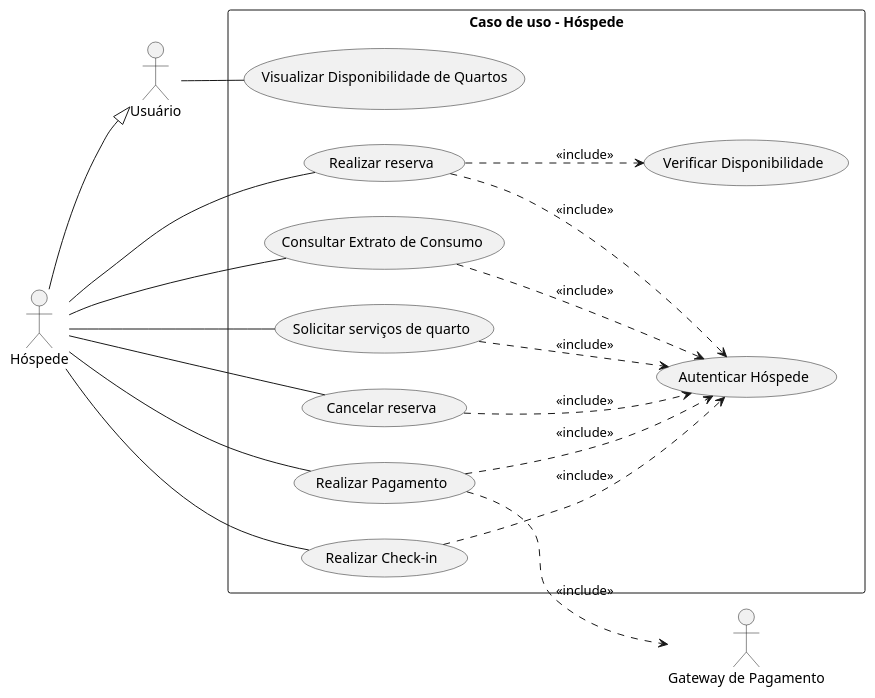
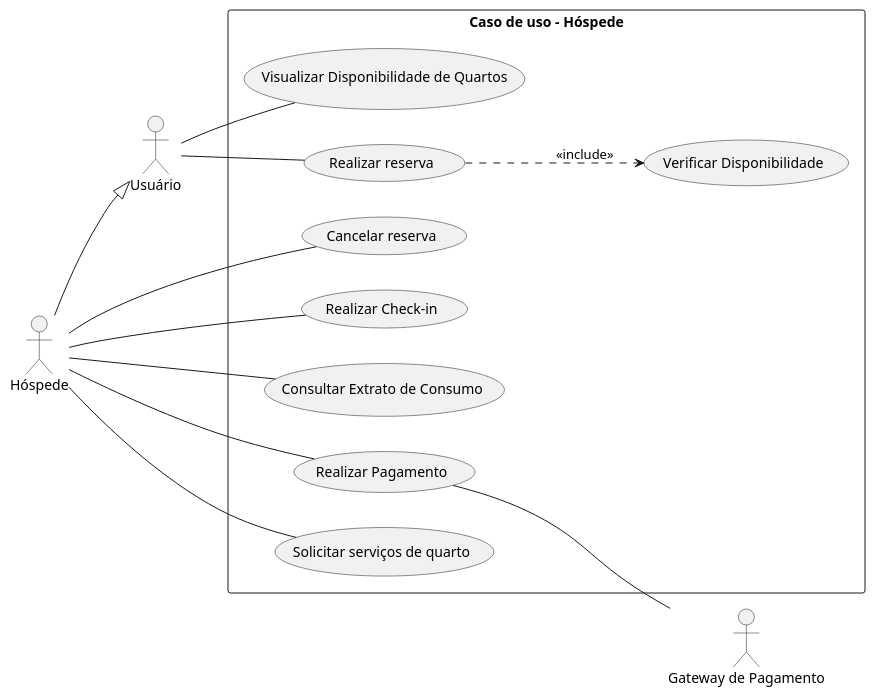
Before and after one commit to gusjjpv/serro-hotelaria: the diagram in diagramas/UC1_hospede.iuml, drawn with PlantUML. The commit also changed 1 other file, not shown here.

```diff
--- a/diagramas/UC1_hospede.iuml
+++ b/diagramas/UC1_hospede.iuml
@@ -1,47 +1,33 @@
 @startuml
-
 left to right direction
 
 actor "Usuário" as usuario
 actor "Hóspede" as hospede
 
 rectangle "Caso de uso - Hóspede"{
-    usecase "Autenticar Hóspede" as autenticar_hospede
     usecase "Visualizar Disponibilidade de Quartos" as visualizar_disponibilidade
     usecase "Verificar Disponibilidade" as verificar_disponibilidade
     usecase "Realizar reserva" as realizar_reserva
     usecase "Cancelar reserva" as cancelar_reserva
     usecase "Realizar Check-in" as realizar_checkin
     usecase "Consultar Extrato de Consumo" as consultar_extrato
     usecase "Realizar Pagamento" as realizar_pagamento
     usecase "Solicitar serviços de quarto" as solicitar_servicos
 }
 
 actor "Gateway de Pagamento" as secondary
 
 usuario -- visualizar_disponibilidade
-hospede -- realizar_reserva
+usuario -- realizar_reserva
 realizar_reserva ..> verificar_disponibilidade : <<include>>
 hospede -- cancelar_reserva
 hospede -- realizar_checkin
 hospede -- consultar_extrato
 hospede -- realizar_pagamento 
 hospede -- solicitar_servicos
 
-
-
-realizar_reserva ..> autenticar_hospede : <<include>>
-cancelar_reserva ..> autenticar_hospede : <<include>>
-realizar_checkin ..> autenticar_hospede : <<include>>
-consultar_extrato ..> autenticar_hospede : <<include>>
-realizar_pagamento ..> autenticar_hospede : <<include>>
-solicitar_servicos ..> autenticar_hospede : <<include>>
-
-
 usuario <|-up- hospede
 
-
-
-realizar_pagamento ..> secondary : <<include>>
+realizar_pagamento -- secondary
 
 @enduml
```
